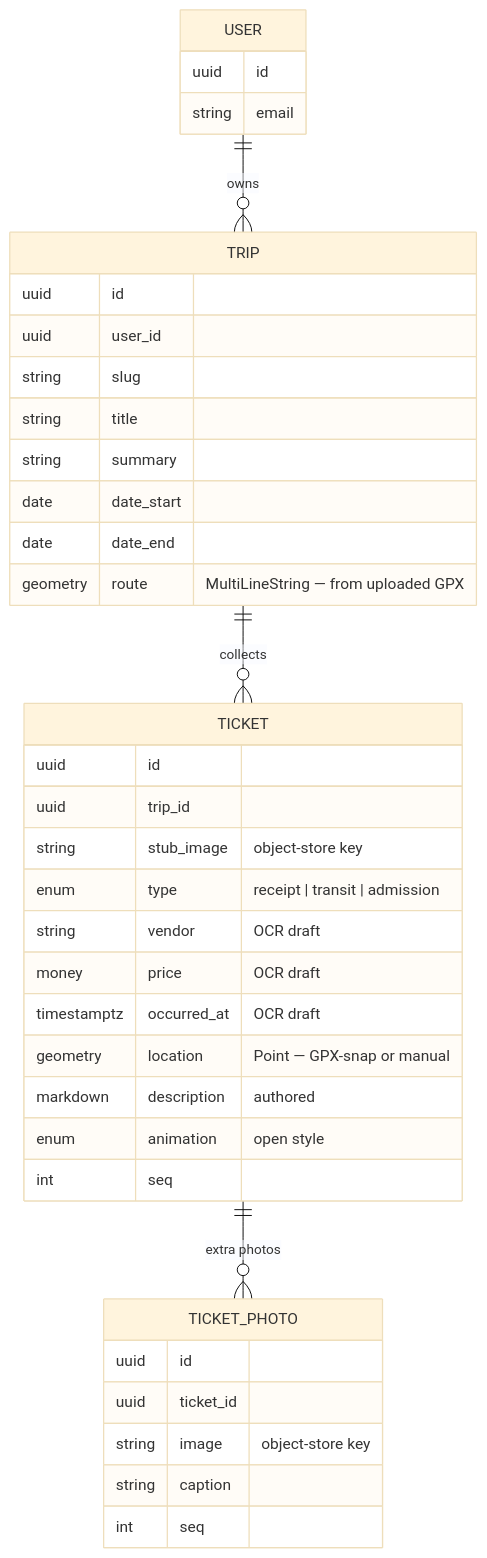
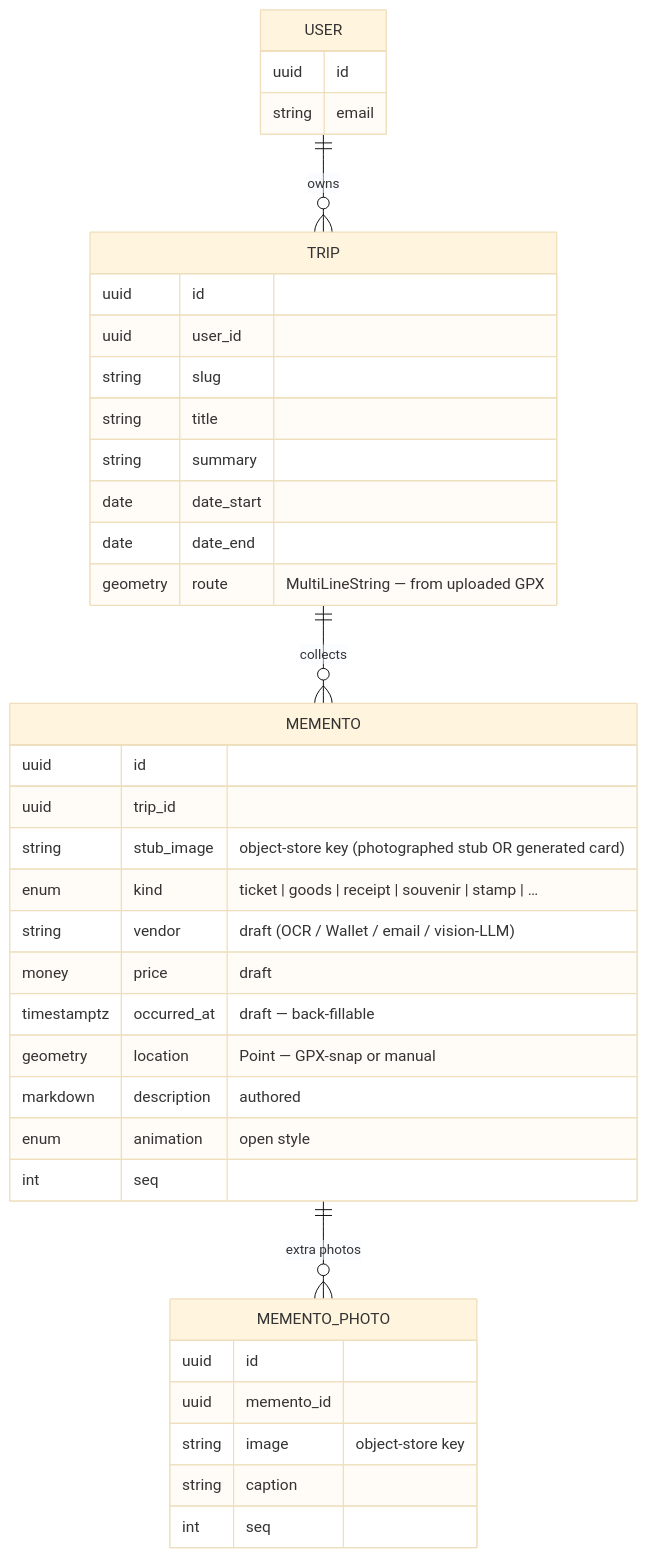
The second of 3 diagrams in docs/research/saas-dataflow.md (azusachino/felicia), drawn with Mermaid (base theme) before and after one commit. The commit also changed other lines of this file and 4 other files, not shown here.

First line of the commit message:
docs: generalize ticket → memento

````diff
--- a/docs/research/saas-dataflow.md
+++ b/docs/research/saas-dataflow.md
@@ -68,38 +73,38 @@
 ```mermaid
 erDiagram
-  USER   ||--o{ TRIP : owns
-  TRIP   ||--o{ TICKET : collects
-  TICKET ||--o{ TICKET_PHOTO : "extra photos"
+  USER    ||--o{ TRIP : owns
+  TRIP    ||--o{ MEMENTO : collects
+  MEMENTO ||--o{ MEMENTO_PHOTO : "extra photos"
 
   USER { uuid id  string email }
   TRIP {
     uuid id
     uuid user_id
     string slug
     string title
     string summary
     date date_start
     date date_end
     geometry route "MultiLineString — from uploaded GPX"
   }
-  TICKET {
+  MEMENTO {
     uuid id
     uuid trip_id
-    string stub_image "object-store key"
-    enum type "receipt | transit | admission"
-    string vendor "OCR draft"
-    money price "OCR draft"
-    timestamptz occurred_at "OCR draft"
+    string stub_image "object-store key (photographed stub OR generated card)"
+    enum kind "ticket | goods | receipt | souvenir | stamp | …"
+    string vendor "draft (OCR / Wallet / email / vision-LLM)"
+    money price "draft"
+    timestamptz occurred_at "draft — back-fillable"
     geometry location "Point — GPX-snap or manual"
     markdown description "authored"
     enum animation "open style"
     int seq
   }
-  TICKET_PHOTO {
+  MEMENTO_PHOTO {
     uuid id
-    uuid ticket_id
+    uuid memento_id
     string image "object-store key"
     string caption
     int seq
   }
 ```
````
